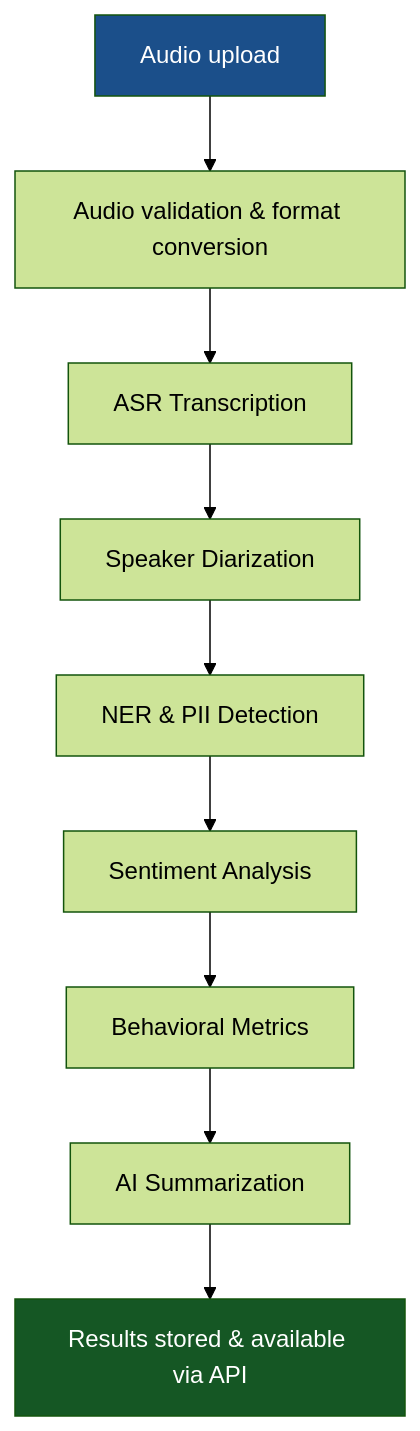
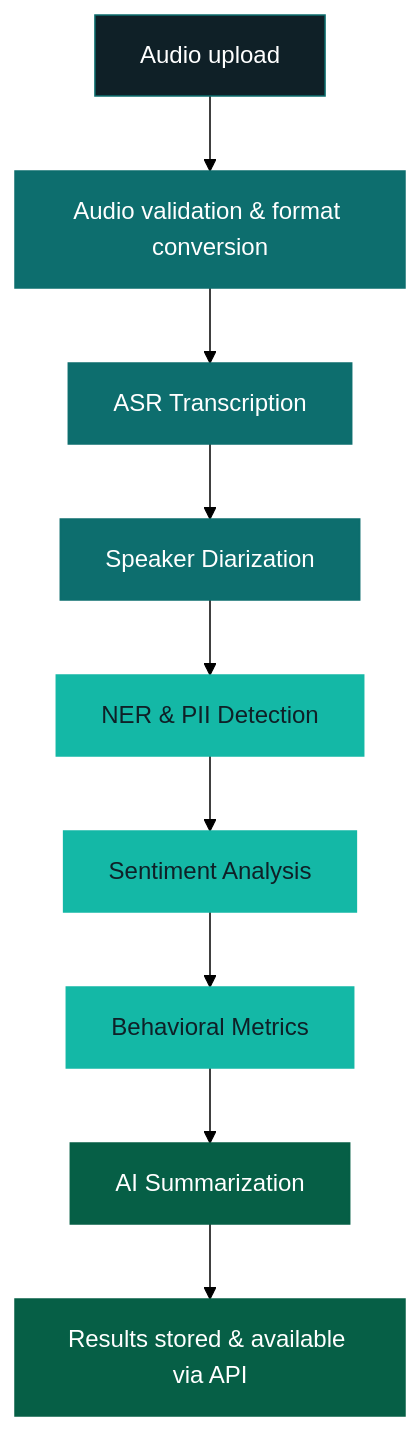
One commit to BenovaTech/novapulse-docs changed the diagram in docs/concepts/nlp-capabilities.md. Above: the diagram before and after it, drawn with Mermaid (forest theme). The commit also changed 7 other files, not shown here.

Commit message:
style: apply teal palette, fix all diagrams, add logo and favicon

````diff
--- a/docs/concepts/nlp-capabilities.md
+++ b/docs/concepts/nlp-capabilities.md
@@ -119,14 +119,21 @@
 ```mermaid
 flowchart TD
   A[Audio upload] --> B[Audio validation & format conversion]
   B --> C[ASR Transcription]
   C --> D[Speaker Diarization]
   D --> E[NER & PII Detection]
   E --> F[Sentiment Analysis]
   F --> G[Behavioral Metrics]
   G --> H[AI Summarization]
   H --> I[Results stored & available via API]
 
-  style A fill:#1B4F8A,color:#fff
-  style I fill:#155724,color:#fff
+  style A fill:#0f2027,color:#ffffff,stroke:#0d6e6e
+  style B fill:#0d6e6e,color:#ffffff,stroke:#0d6e6e
+  style C fill:#0d6e6e,color:#ffffff,stroke:#0d6e6e
+  style D fill:#0d6e6e,color:#ffffff,stroke:#0d6e6e
+  style E fill:#14b8a6,color:#0f2027,stroke:#14b8a6
+  style F fill:#14b8a6,color:#0f2027,stroke:#14b8a6
+  style G fill:#14b8a6,color:#0f2027,stroke:#14b8a6
+  style H fill:#065f46,color:#ffffff,stroke:#065f46
+  style I fill:#065f46,color:#ffffff,stroke:#065f46
 ```
````
